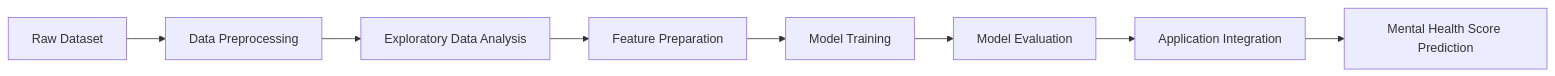
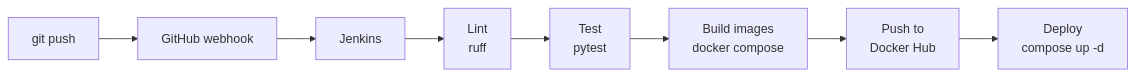
The second of 2 diagrams in README.md (ruchitasingla/mental_health_recorder), drawn with Mermaid before and after one commit. The commit also changed other lines of this file, not shown here.

````diff
--- a/README.md
+++ b/README.md
@@ -76,10 +76,10 @@
 ```mermaid
 flowchart LR
-    A[Raw Dataset] --> B[Data Preprocessing]
-    B --> C[Exploratory Data Analysis]
-    C --> D[Feature Preparation]
-    D --> E[Model Training]
-    E --> F[Model Evaluation]
-    F --> G[Application Integration]
-    G --> H[Mental Health Score Prediction]
+    A[git push] --> B[GitHub webhook]
+    B --> C[Jenkins]
+    C --> D[Lint<br/>ruff]
+    D --> E[Test<br/>pytest]
+    E --> F[Build images<br/>docker compose]
+    F --> G[Push to<br/>Docker Hub]
+    G --> H[Deploy<br/>compose up -d]
 ```
````
